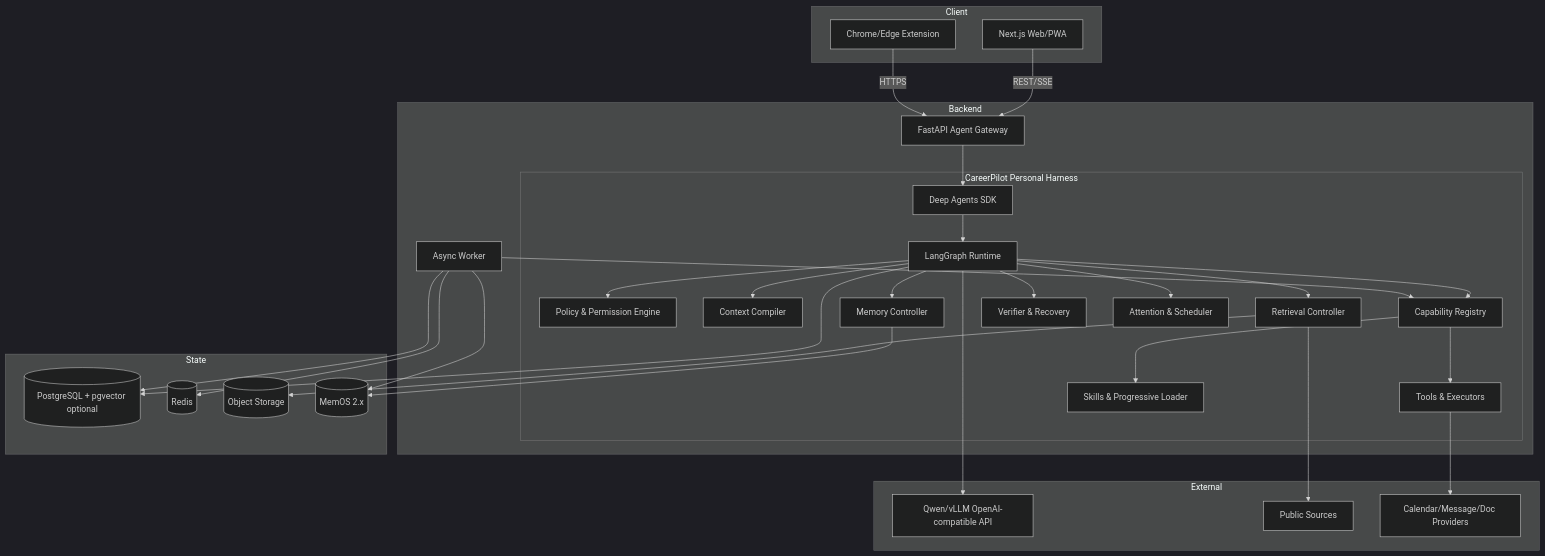
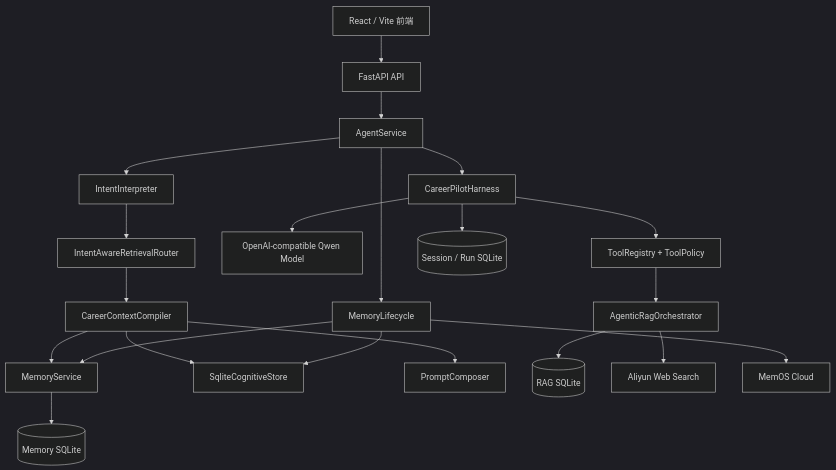
The first of 3 diagrams in PRD/CareerPilot-Memory-RAG-Technical-Design.md (LL0106-M/CareerPilot-), drawn with Mermaid (dark theme) before and after one commit. The commit also changed other lines of this file and 3 other files, not shown here.

Commit message:
docs: refresh architecture and local deployment

````diff
--- a/PRD/CareerPilot-Memory-RAG-Technical-Design.md
+++ b/PRD/CareerPilot-Memory-RAG-Technical-Design.md
@@ -110,62 +64,28 @@
 ```mermaid
 flowchart TB
-    subgraph Client
-      WEBUI[Next.js Web/PWA]
-      BEXT[Chrome/Edge Extension]
-    end
+    UI[React / Vite 前端] --> API[FastAPI API]
+    API --> SVC[AgentService]
 
-    subgraph Backend
-      API[FastAPI Agent Gateway]
-      subgraph HARNESS[CareerPilot Personal Harness]
-        DEEP[Deep Agents SDK]
-        GRAPH[LangGraph Runtime]
-        POLICY[Policy & Permission Engine]
-        CONTEXT[Context Compiler]
-        CAP[Capability Registry]
-        TOOLS[Tools & Executors]
-        SKILLS[Skills & Progressive Loader]
-        RAG[Retrieval Controller]
-        MEMCTL[Memory Controller]
-        VERIFY[Verifier & Recovery]
-        ATTENTION[Attention & Scheduler]
-      end
-      WORKER[Async Worker]
-    end
+    SVC --> INTENT[IntentInterpreter]
+    INTENT --> ROUTER[IntentAwareRetrievalRouter]
+    ROUTER --> COMPILER[CareerContextCompiler]
 
-    subgraph State
-      PG[(PostgreSQL + pgvector optional)]
-      REDIS[(Redis)]
-      OBJ[(Object Storage)]
-      MEMOS[(MemOS 2.x)]
-    end
+    COMPILER --> LMEM[MemoryService]
+    COMPILER --> COG[SqliteCognitiveStore]
+    COMPILER --> PROMPT[PromptComposer]
 
-    subgraph External
-      MODEL[Qwen/vLLM OpenAI-compatible API]
-      SOURCES[Public Sources]
-      PROVIDERS[Calendar/Message/Doc Providers]
-    end
+    SVC --> HARNESS[CareerPilotHarness]
+    HARNESS --> MODEL[OpenAI-compatible Qwen Model]
+    HARNESS --> TOOL[ToolRegistry + ToolPolicy]
+    TOOL --> ARAG[AgenticRagOrchestrator]
+    ARAG --> RAGDB[(RAG SQLite)]
+    ARAG --> WEB[Aliyun Web Search]
 
-    WEBUI -->|REST/SSE| API
-    BEXT -->|HTTPS| API
-    API --> DEEP
-    DEEP --> GRAPH
-    GRAPH --> POLICY
-    GRAPH --> CONTEXT
-    GRAPH --> RAG
-    GRAPH --> MEMCTL
-    GRAPH --> CAP
-    CAP --> TOOLS
-    CAP --> SKILLS
-    GRAPH --> VERIFY
-    GRAPH --> ATTENTION
-    GRAPH --> MODEL
-    RAG --> SOURCES
-    MEMCTL --> MEMOS
-    TOOLS --> PROVIDERS
-    GRAPH --> PG
-    WORKER --> PG
-    WORKER --> MEMOS
-    WORKER --> CAP
-    WORKER --> REDIS
-    RAG --> OBJ
+    SVC --> LIFE[MemoryLifecycle]
+    LIFE --> LMEM
+    LIFE --> MEMOS[MemOS Cloud]
+    LIFE --> COG
+
+    LMEM --> MEMDB[(Memory SQLite)]
+    HARNESS --> SESSION[(Session / Run SQLite)]
 ```
````
